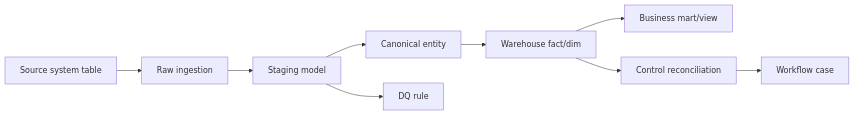
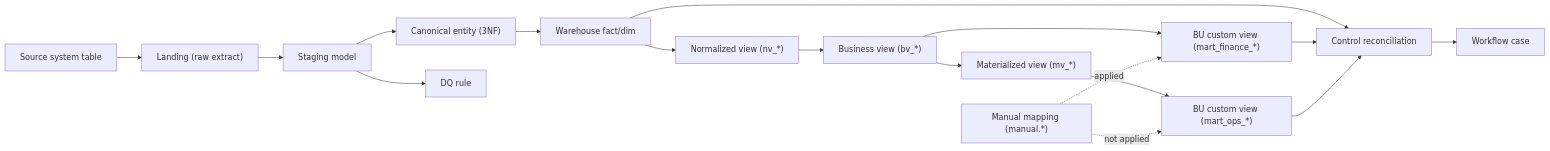
The diagram in references/output-templates.md (k-sandhu/agent-skill-enterprise-data-ecosystems), drawn with Mermaid before and after one commit. The commit also changed other lines of this file and 9 other files, not shown here.

````diff
--- a/references/output-templates.md
+++ b/references/output-templates.md
@@ -210,11 +211,19 @@
 ```mermaid
 flowchart LR
-  A["Source system table"] --> B["Raw ingestion"]
+  A["Source system table"] --> B["Landing (raw extract)"]
   B --> C["Staging model"]
-  C --> D["Canonical entity"]
+  C --> D["Canonical entity (3NF)"]
   D --> E["Warehouse fact/dim"]
-  E --> F["Business mart/view"]
-  C --> G["DQ rule"]
-  E --> H["Control reconciliation"]
-  H --> I["Workflow case"]
+  E --> F["Normalized view (nv_*)"]
+  F --> G["Business view (bv_*)"]
+  G --> H["Materialized view (mv_*)"]
+  G --> I["BU custom view (mart_finance_*)"]
+  H --> J["BU custom view (mart_ops_*)"]
+  M["Manual mapping (manual.*)"] -. applied .-> I
+  M -. not applied .-> J
+  C --> K["DQ rule"]
+  E --> L["Control reconciliation"]
+  I --> L
+  J --> L
+  L --> N["Workflow case"]
 ```
````
